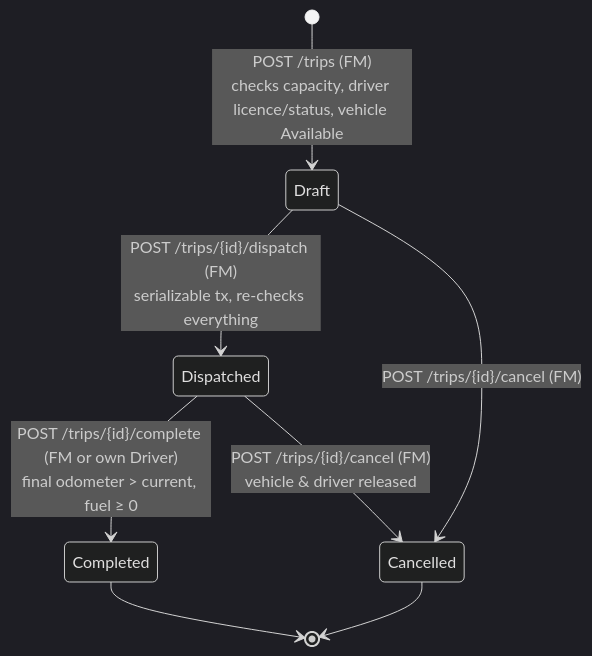
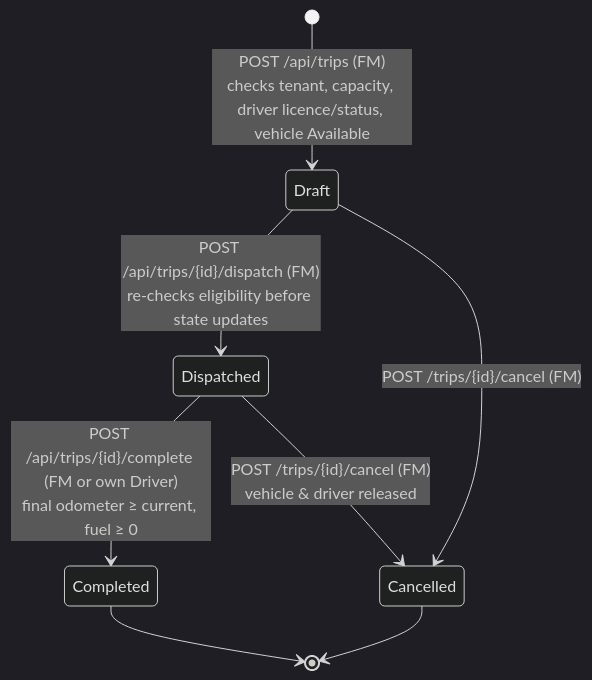
The first of 5 diagrams in docs/uml/05-state-diagrams.md (Bhavika-Giyanani/TransitOps), drawn with Mermaid (dark theme) before and after one commit. The commit also changed other lines of this file and 48 other files, not shown here.

````diff
--- a/docs/uml/05-state-diagrams.md
+++ b/docs/uml/05-state-diagrams.md
@@ -8,10 +8,10 @@
 ```mermaid
 stateDiagram-v2
-    [*] --> Draft : POST /trips (FM)<br/>checks capacity, driver licence/status, vehicle Available
-    Draft --> Dispatched : POST /trips/{id}/dispatch (FM)<br/>serializable tx, re-checks everything
+    [*] --> Draft : POST /api/trips (FM)<br/>checks tenant, capacity, driver licence/status, vehicle Available
+    Draft --> Dispatched : POST /api/trips/{id}/dispatch (FM)<br/>re-checks eligibility before state updates
     Draft --> Cancelled : POST /trips/{id}/cancel (FM)
-    Dispatched --> Completed : POST /trips/{id}/complete (FM or own Driver)<br/>final odometer > current, fuel ≥ 0
+    Dispatched --> Completed : POST /api/trips/{id}/complete (FM or own Driver)<br/>final odometer ≥ current, fuel ≥ 0
     Dispatched --> Cancelled : POST /trips/{id}/cancel (FM)<br/>vehicle & driver released
     Completed --> [*]
     Cancelled --> [*]
 ```
````
